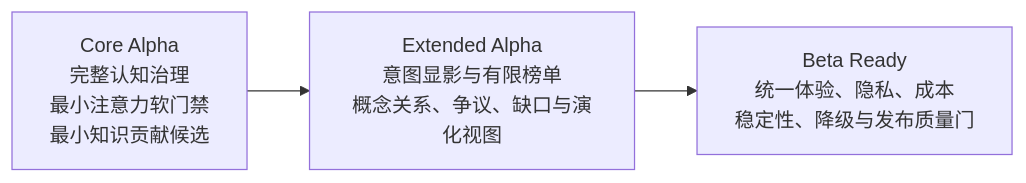
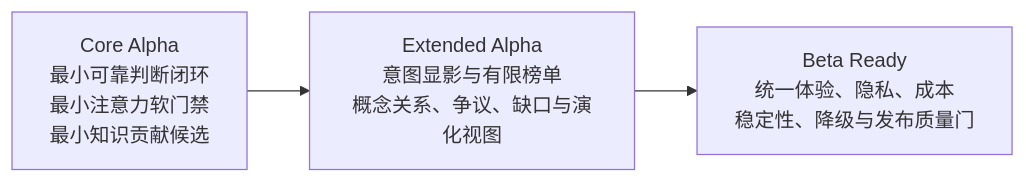
Before and after one commit to baijianqing/yantie-history: the fourth of 4 diagrams in docs/BUSINESS_ARCHITECTURE.md, drawn with Mermaid. The commit also changed other lines of this file, not shown here.

Commit message:
docs: refine Core Alpha business architecture

````diff
--- a/docs/BUSINESS_ARCHITECTURE.md
+++ b/docs/BUSINESS_ARCHITECTURE.md
@@ -393,8 +487,8 @@
 ```mermaid
 flowchart LR
-    CORE["Core Alpha<br/>完整认知治理<br/>最小注意力软门禁<br/>最小知识贡献候选"]
+    CORE["Core Alpha<br/>最小可靠判断闭环<br/>最小注意力软门禁<br/>最小知识贡献候选"]
     EXTENDED["Extended Alpha<br/>意图显影与有限榜单<br/>概念关系、争议、缺口与演化视图"]
     BETA["Beta Ready<br/>统一体验、隐私、成本<br/>稳定性、降级与发布质量门"]
 
     CORE --> EXTENDED --> BETA
 ```
````
